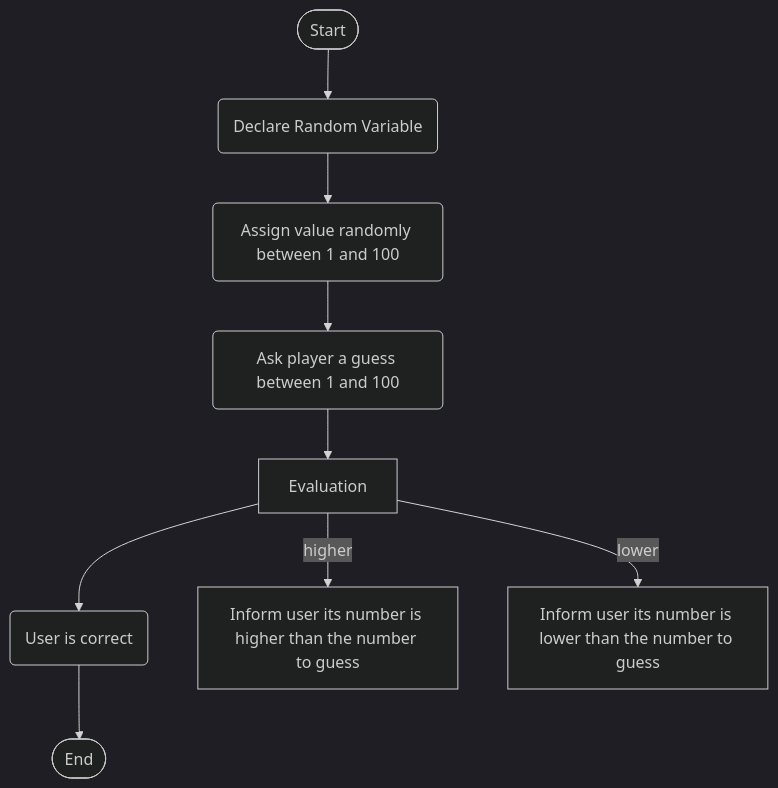
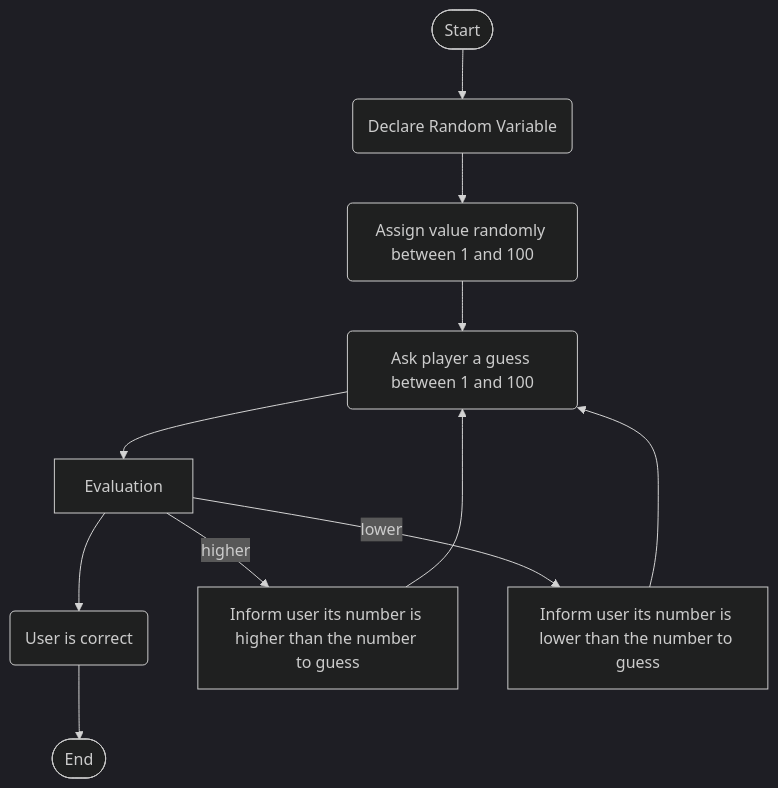
The diagram in Guessing.md (juansagarra/juansagarra.github.io), drawn with Mermaid (dark theme) before and after one commit.

````diff
--- a/Guessing.md
+++ b/Guessing.md
@@ -1,13 +1,16 @@
 ```mermaid
 flowchart TD
 
 
 
  Start([Start]) --> A(Declare Random Variable) --> B(Assign value randomly between 1 and 100) --> C(Ask player a guess between 1 and 100) --> Evaluation --> D(User is correct) --> End([End])
 
 Evaluation --> |higher| E[Inform user its number is higher than the number to guess]
 Evaluation --> |lower| F[Inform user its number is lower than the number to guess]
 
+E --> C
+F --> C
+
 
 
 ```
````
